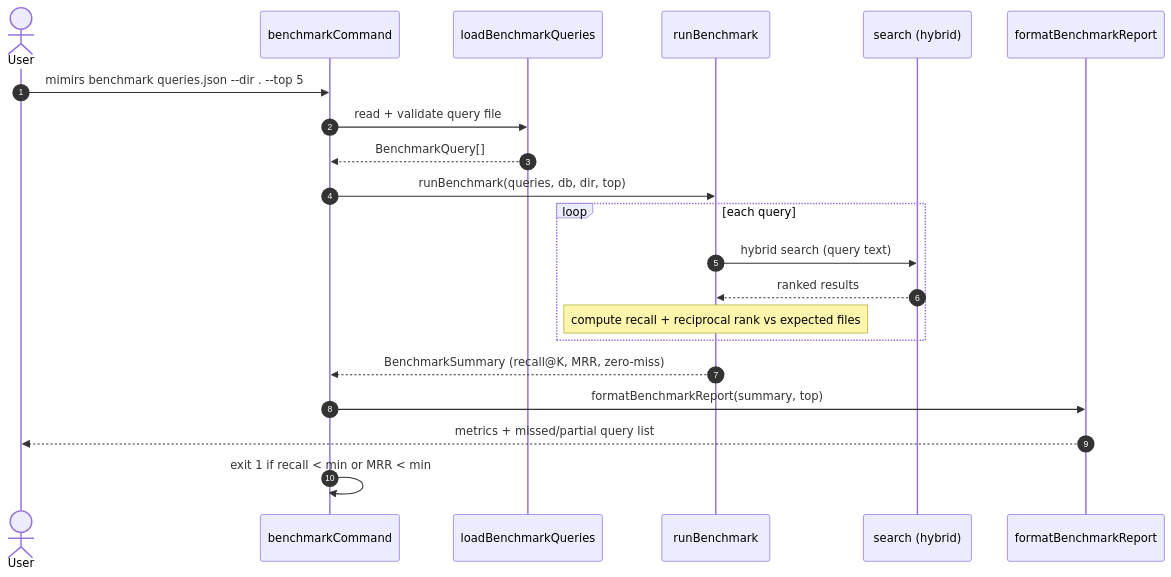
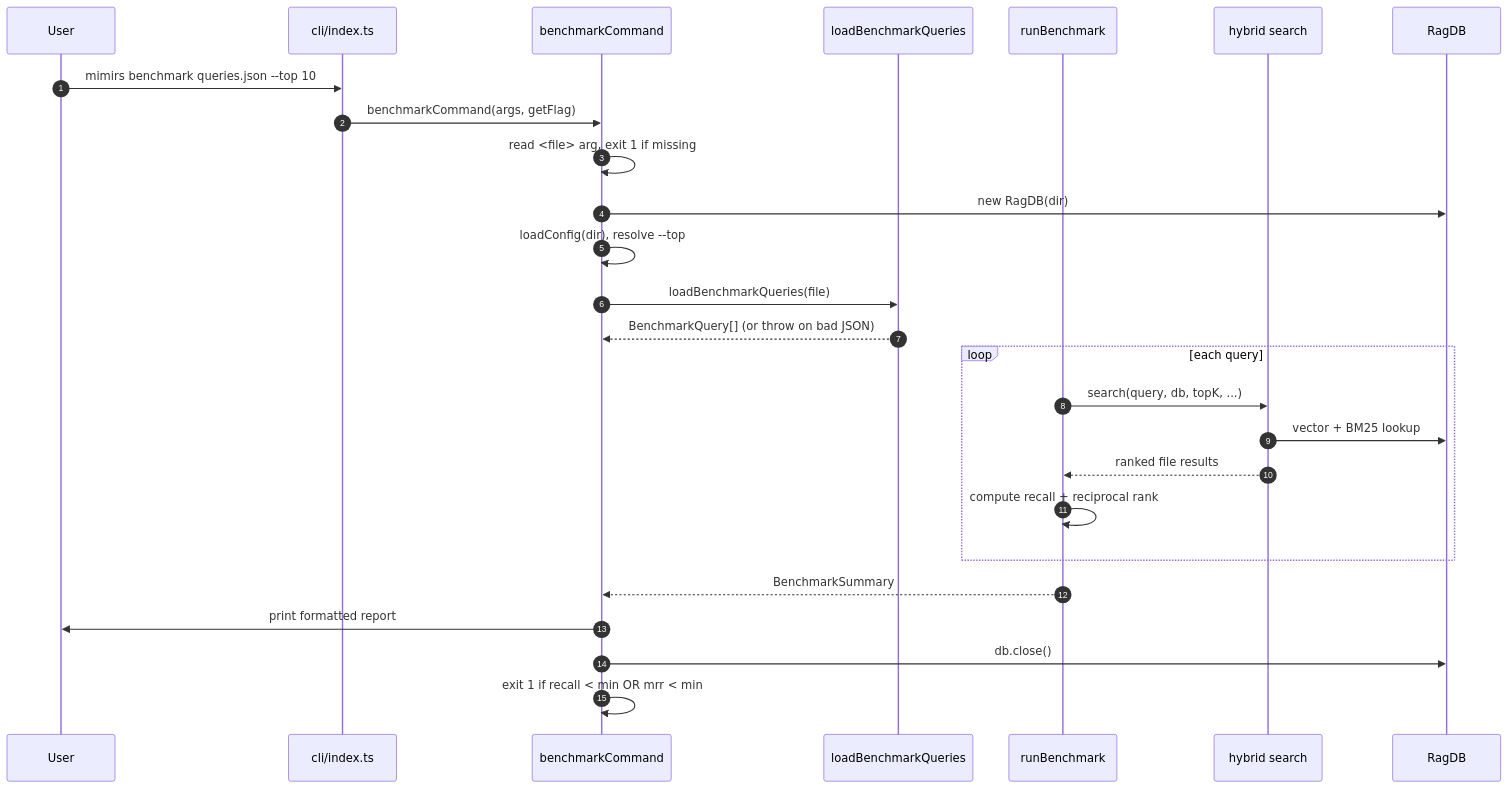
The diagram in wiki/cli/benchmark.md (TheWinci/mimirs), drawn with Mermaid before and after one commit. The commit also changed other lines of this file and 51 other files, not shown here.

````diff
--- a/wiki/cli/benchmark.md
+++ b/wiki/cli/benchmark.md
@@ -17,23 +22,28 @@
 ```mermaid
 sequenceDiagram
-    autonumber
-    actor User
-    participant Cmd as benchmarkCommand
-    participant Loader as loadBenchmarkQueries
-    participant Runner as runBenchmark
-    participant Search as search (hybrid)
-    participant Report as formatBenchmarkReport
-    User->>Cmd: mimirs benchmark queries.json --dir . --top 5
-    Cmd->>Loader: read + validate query file
-    Loader-->>Cmd: BenchmarkQuery[]
-    Cmd->>Runner: runBenchmark(queries, db, dir, top)
-    loop each query
-        Runner->>Search: hybrid search (query text)
-        Search-->>Runner: ranked results
-        Note over Runner: compute recall + reciprocal rank vs expected files
-    end
-    Runner-->>Cmd: BenchmarkSummary (recall@K, MRR, zero-miss)
-    Cmd->>Report: formatBenchmarkReport(summary, top)
-    Report-->>User: metrics + missed/partial query list
-    Cmd->>Cmd: exit 1 if recall < min or MRR < min
+  autonumber
+  participant User
+  participant Router as cli/index.ts
+  participant Handler as benchmarkCommand
+  participant Loader as loadBenchmarkQueries
+  participant Runner as runBenchmark
+  participant Search as hybrid search
+  participant DB as RagDB
+  User->>Router: mimirs benchmark queries.json --top 10
+  Router->>Handler: benchmarkCommand(args, getFlag)
+  Handler->>Handler: read <file> arg, exit 1 if missing
+  Handler->>DB: new RagDB(dir)
+  Handler->>Handler: loadConfig(dir), resolve --top
+  Handler->>Loader: loadBenchmarkQueries(file)
+  Loader-->>Handler: BenchmarkQuery[] (or throw on bad JSON)
+  loop each query
+    Runner->>Search: search(query, db, topK, ...)
+    Search->>DB: vector + BM25 lookup
+    Search-->>Runner: ranked file results
+    Runner->>Runner: compute recall + reciprocal rank
+  end
+  Runner-->>Handler: BenchmarkSummary
+  Handler->>User: print formatted report
+  Handler->>DB: db.close()
+  Handler->>Handler: exit 1 if recall < min OR mrr < min
 ```
````
